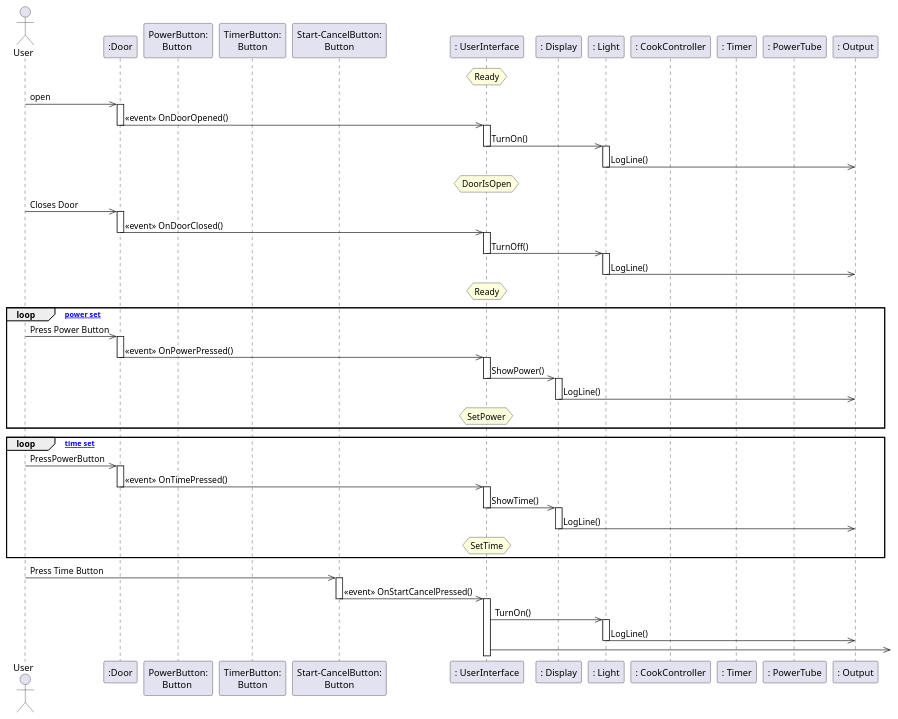
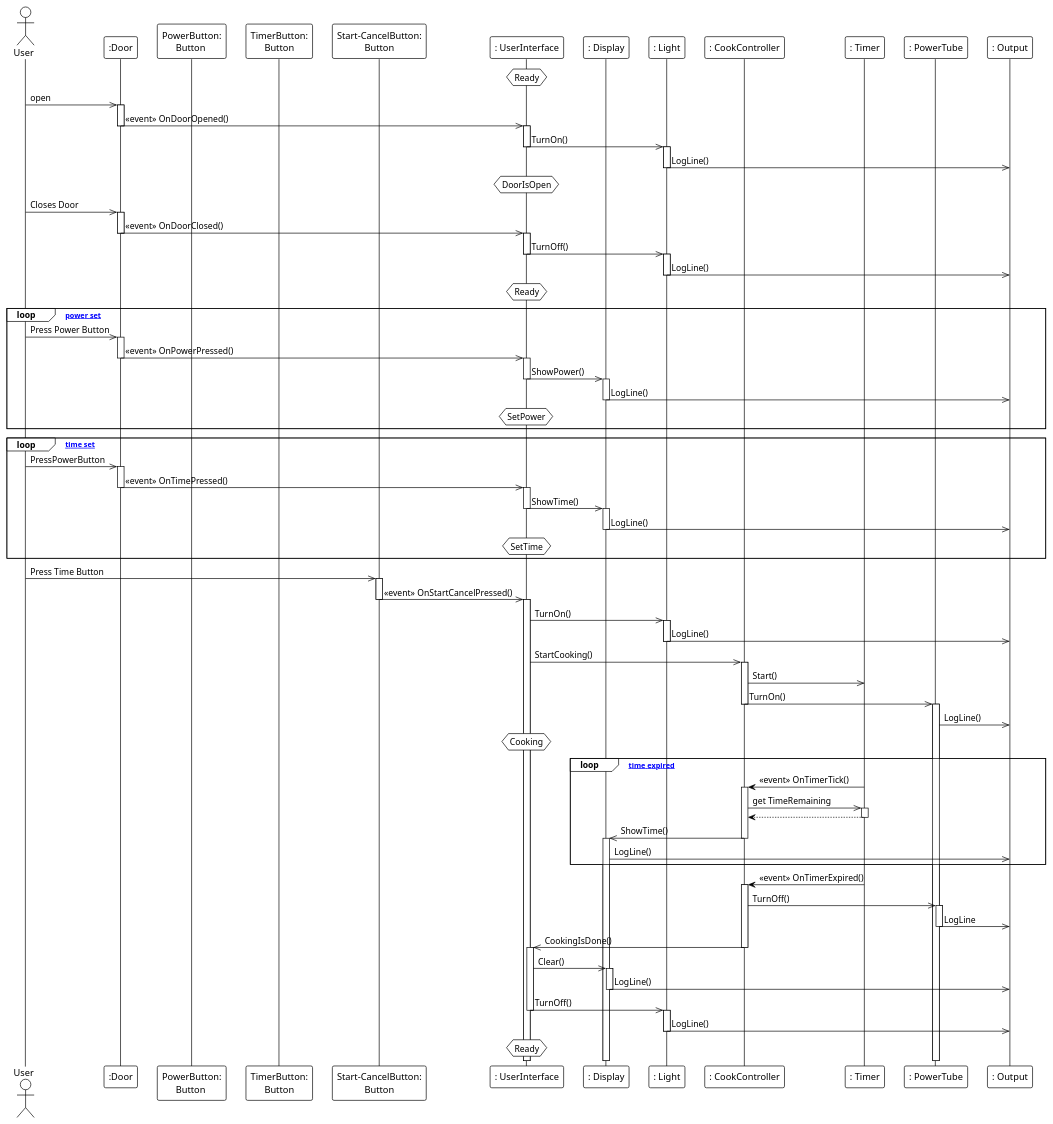
The diagram in MircowaveSq.puml (MartinStokholm/SWTExercise3), drawn with PlantUML before and after one commit. The commit also changed 2 other files, not shown here.

Commit message:
sq done now and renamed classdiagram

```diff
--- a/MircowaveSq.puml
+++ b/MircowaveSq.puml
@@ -1,82 +1,124 @@
 @startuml
+!theme plain
 
 actor "User" as user
 participant ":Door" as door
 participant "PowerButton:\nButton " as powerbutton 
 participant "TimerButton:\nButton" as timerbutton
 participant "Start-CancelButton:\n Button " as startbutton
 participant ": UserInterface" as ui 
 participant ": Display" as display
 participant ": Light" as light
 participant ": CookController" as cookcontroller
 participant ": Timer" as timer
 participant ": PowerTube" as powertube 
 participant ": Output" as output 
 
 hnote over ui : Ready
 user ->> door : open 
 activate door 
 door ->> ui : <<event>> OnDoorOpened()
 deactivate door 
 activate ui 
 ui ->> light : TurnOn()
 deactivate ui 
 activate light
 light ->> output : LogLine()
 deactivate light
 
 hnote over ui : DoorIsOpen
 user ->> door : Closes Door
 activate door
 door ->> ui : <<event>> OnDoorClosed()
 deactivate door
 activate ui
 ui ->> light : TurnOff()
 deactivate ui
 activate light
 light ->> output : LogLine()
 deactivate light
 
 hnote over ui : Ready
 loop [until power set]
 user ->> door : Press Power Button
 activate door
 door ->> ui : <<event>> OnPowerPressed()
 deactivate door
 activate ui
 ui ->> display : ShowPower()
 deactivate ui
 activate display
 display ->> output : LogLine()
 deactivate display
 hnote over ui : SetPower
 end
 
 
 
 loop [until time set]
 user ->> door : PressPowerButton
 activate door
 door ->> ui : <<event>> OnTimePressed()
 deactivate door
 activate ui
 ui ->> display : ShowTime()
 deactivate ui
 activate display
 display ->> output : LogLine()
 deactivate display
 hnote over ui : SetTime
 end
 
 user ->> startbutton : Press Time Button 
 activate startbutton
 startbutton ->> ui : <<event>> OnStartCancelPressed()
 deactivate startbutton
 activate ui
 ui ->> light : TurnOn()
 activate light
 light ->> output : LogLine()
 deactivate light
-ui ->> 
+ui ->> cookcontroller : StartCooking()
+activate cookcontroller
+cookcontroller ->> timer : Start()
+cookcontroller ->> powertube : TurnOn()
+deactivate cookcontroller
+activate powertube
+powertube ->> output : LogLine()
+
+hnote over ui : Cooking
+loop [until time expired]
+timer -> cookcontroller : <<event>> OnTimerTick()
+activate cookcontroller
+cookcontroller ->> timer : get TimeRemaining
+activate timer
+timer --> cookcontroller : 
+deactivate timer
+cookcontroller ->> display : ShowTime()
+deactivate cookcontroller
+activate display
+display ->> output : LogLine()
+end
+
+timer -> cookcontroller : <<event>> OnTimerExpired()
+activate cookcontroller
+cookcontroller ->> powertube : TurnOff()
+activate powertube
+powertube ->> output : LogLine 
+deactivate powertube
+cookcontroller ->> ui : CookingIsDone()
+deactivate cookcontroller
+activate ui
+ui ->> display : Clear()
+activate display
+display ->> output : LogLine()
+deactivate display
+ui ->> light : TurnOff()
+deactivate ui
+activate light 
+light ->> output : LogLine()
+deactivate light
+
+hnote over ui : Ready
 
 @enduml
```
